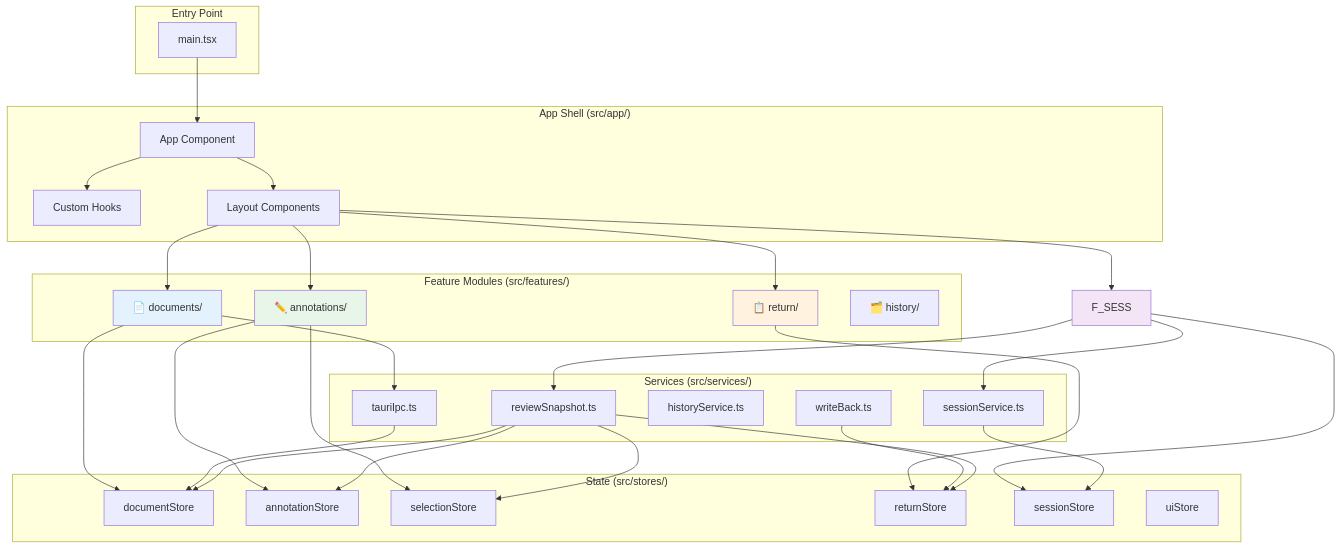
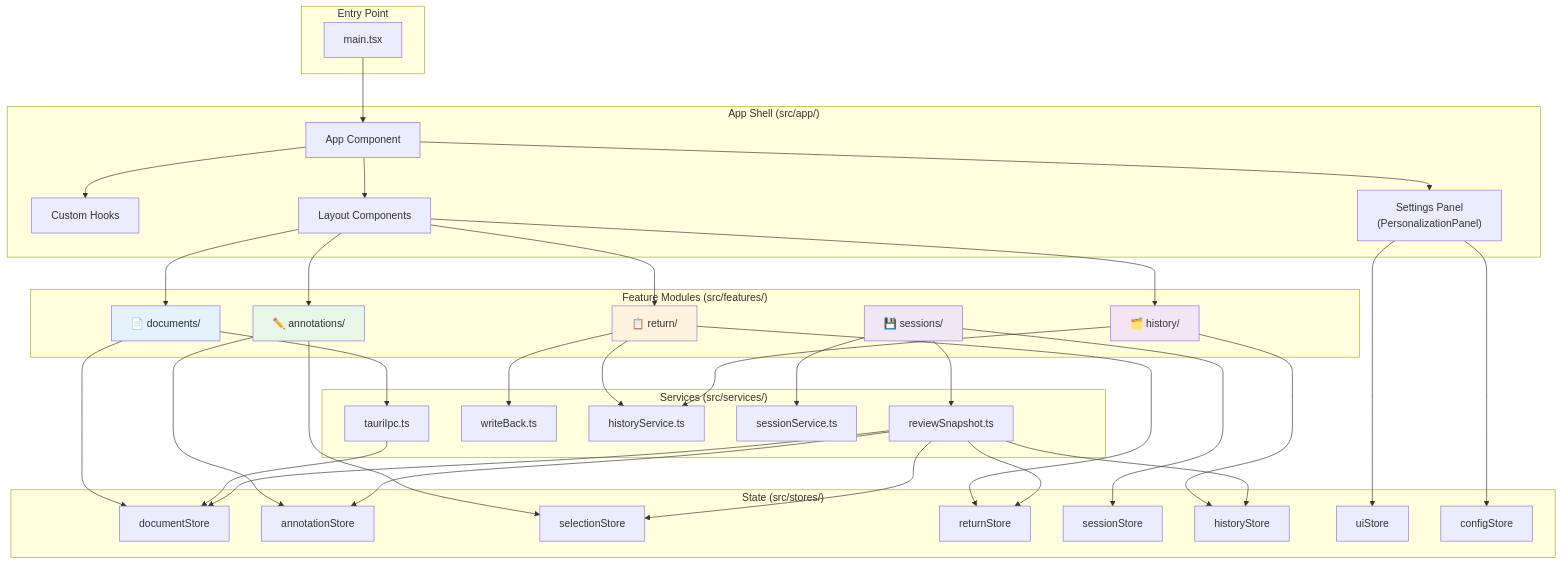
One commit to BobDLA/cliv changed the seventh of 22 diagrams in docs/demo/demo.md. Above: the diagram before and after it, drawn with Mermaid. The commit also changed other lines of this file and 3 other files, not shown here.

````diff
--- a/docs/demo/demo.md
+++ b/docs/demo/demo.md
@@ -475,67 +501,78 @@
 ```mermaid
 graph TB
     subgraph "Entry Point"
         MAIN["main.tsx"]
     end
 
     subgraph "App Shell (src/app/)"
         APP_COMP["App Component"]
         HOOKS["Custom Hooks"]
         LAYOUT["Layout Components"]
+        PREFS["Settings Panel<br/>(PersonalizationPanel)"]
     end
 
     subgraph "Feature Modules (src/features/)"
         F_DOC["📄 documents/"]
         F_ANN["✏️ annotations/"]
         F_RET["📋 return/"]
         F_HIS["🗂️ history/"]
+        F_SESS["💾 sessions/"]
     end
 
     subgraph "Services (src/services/)"
         SVC_IPC["tauriIpc.ts"]
         SVC_WB["writeBack.ts"]
         SVC_HIS["historyService.ts"]
         SVC_SESS["sessionService.ts"]
         SVC_SNAP["reviewSnapshot.ts"]
     end
 
     subgraph "State (src/stores/)"
         S_DOC["documentStore"]
         S_ANN["annotationStore"]
         S_SEL["selectionStore"]
         S_RET["returnStore"]
         S_SESS["sessionStore"]
+        S_HIS["historyStore"]
         S_UI["uiStore"]
+        S_CFG["configStore"]
     end
 
     MAIN --> APP_COMP
     APP_COMP --> LAYOUT
     APP_COMP --> HOOKS
+    APP_COMP --> PREFS
 
     LAYOUT --> F_DOC
     LAYOUT --> F_ANN
     LAYOUT --> F_RET
-    LAYOUT --> F_SESS
+    LAYOUT --> F_HIS
 
     F_DOC --> S_DOC
     F_DOC --> SVC_IPC
     F_ANN --> S_ANN
     F_ANN --> S_SEL
     F_RET --> S_RET
+    F_RET --> SVC_WB
+    F_RET --> SVC_HIS
+    F_HIS --> S_HIS
+    F_HIS --> SVC_HIS
     F_SESS --> S_SESS
     F_SESS --> SVC_SESS
     F_SESS --> SVC_SNAP
 
+    PREFS --> S_UI
+    PREFS --> S_CFG
     SVC_IPC --> S_DOC
-    SVC_WB --> S_RET
-    SVC_SESS --> S_SESS
     SVC_SNAP --> S_DOC
     SVC_SNAP --> S_ANN
     SVC_SNAP --> S_SEL
     SVC_SNAP --> S_RET
+    SVC_SNAP --> S_HIS
 
     style F_DOC fill:#e3f2fd
     style F_ANN fill:#e8f5e9
     style F_RET fill:#fff3e0
-    style F_SESS fill:#f3e5f5
+    style F_HIS fill:#f3e5f5
+    style F_SESS fill:#ede7f6
 ```
````
